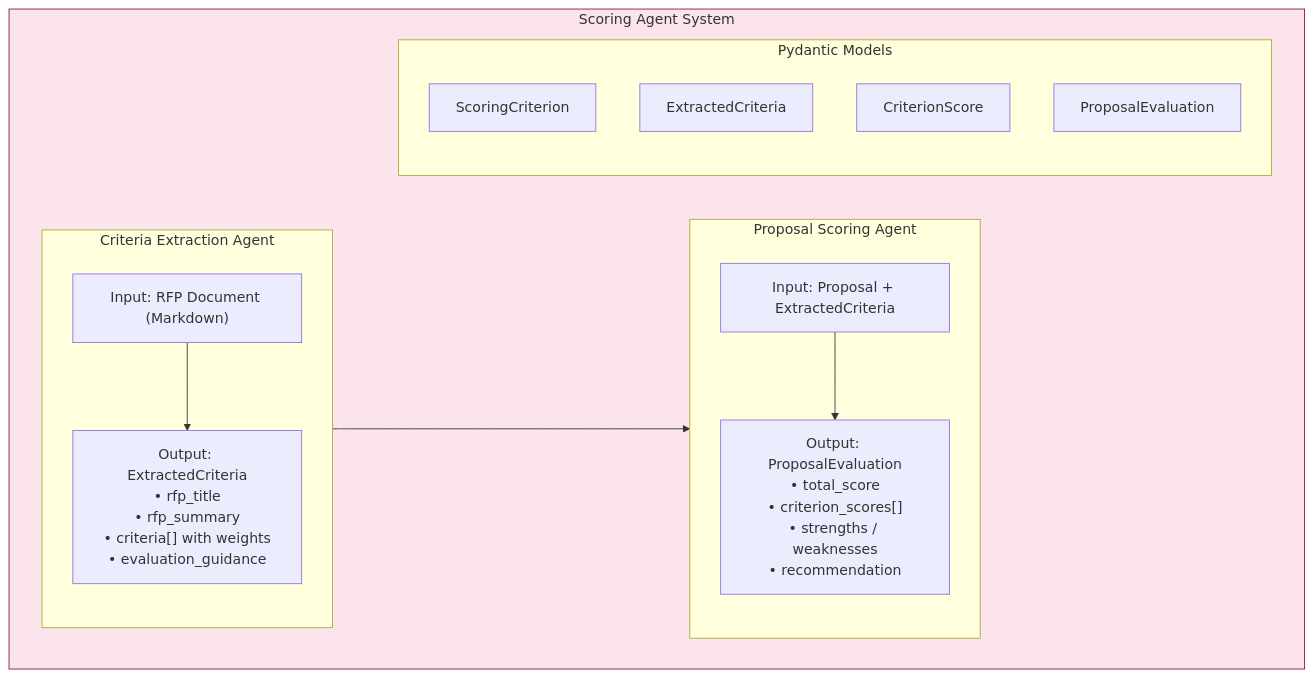
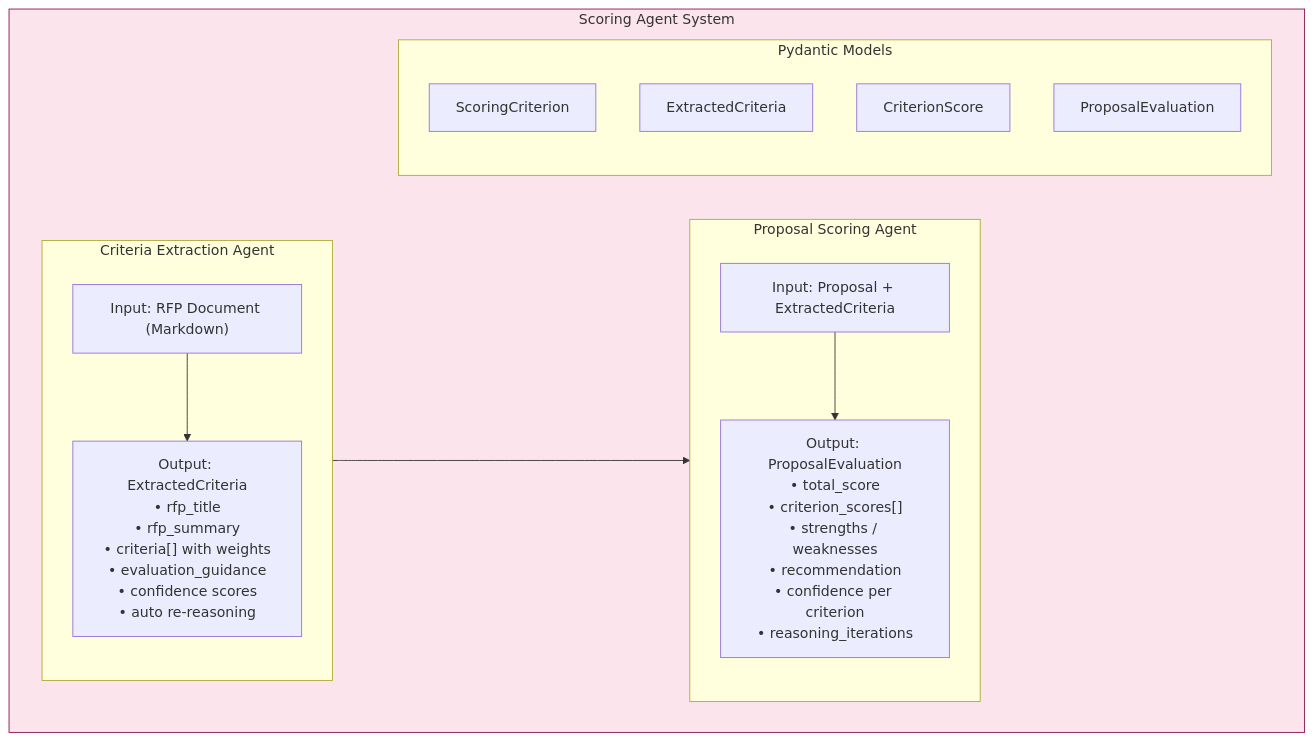
Before and after one commit to amgdy/rfp-analyzer: the fourth of 23 diagrams in docs/ARCHITECTURE.md, drawn with Mermaid. The commit also changed other lines of this file and 5 other files, not shown here.

First line of the commit message:
Fix step1_upload IndentationError, update .env.example, IaC, README, and ARCHITECTURE docs

````diff
--- a/docs/ARCHITECTURE.md
+++ b/docs/ARCHITECTURE.md
@@ -147,27 +147,27 @@
 ```mermaid
 flowchart TB
     subgraph ScoringSystem["Scoring Agent System"]
         subgraph Agent1["Criteria Extraction Agent"]
             I1["Input: RFP Document (Markdown)"]
-            O1["Output: ExtractedCriteria<br>• rfp_title<br>• rfp_summary<br>• criteria[] with weights<br>• evaluation_guidance"]
+            O1["Output: ExtractedCriteria<br>• rfp_title<br>• rfp_summary<br>• criteria[] with weights<br>• evaluation_guidance<br>• confidence scores<br>• auto re-reasoning"]
             I1 --> O1
         end
         
         subgraph Agent2["Proposal Scoring Agent"]
             I2["Input: Proposal + ExtractedCriteria"]
-            O2["Output: ProposalEvaluation<br>• total_score<br>• criterion_scores[]<br>• strengths / weaknesses<br>• recommendation"]
+            O2["Output: ProposalEvaluation<br>• total_score<br>• criterion_scores[]<br>• strengths / weaknesses<br>• recommendation<br>• confidence per criterion<br>• reasoning_iterations"]
             I2 --> O2
         end
         
         Agent1 --> Agent2
         
         subgraph Models["Pydantic Models"]
             M1["ScoringCriterion"]
             M2["ExtractedCriteria"]
             M3["CriterionScore"]
             M4["ProposalEvaluation"]
         end
     end
     
     style ScoringSystem fill:#fce4ec,stroke:#880e4f
 ```
````
